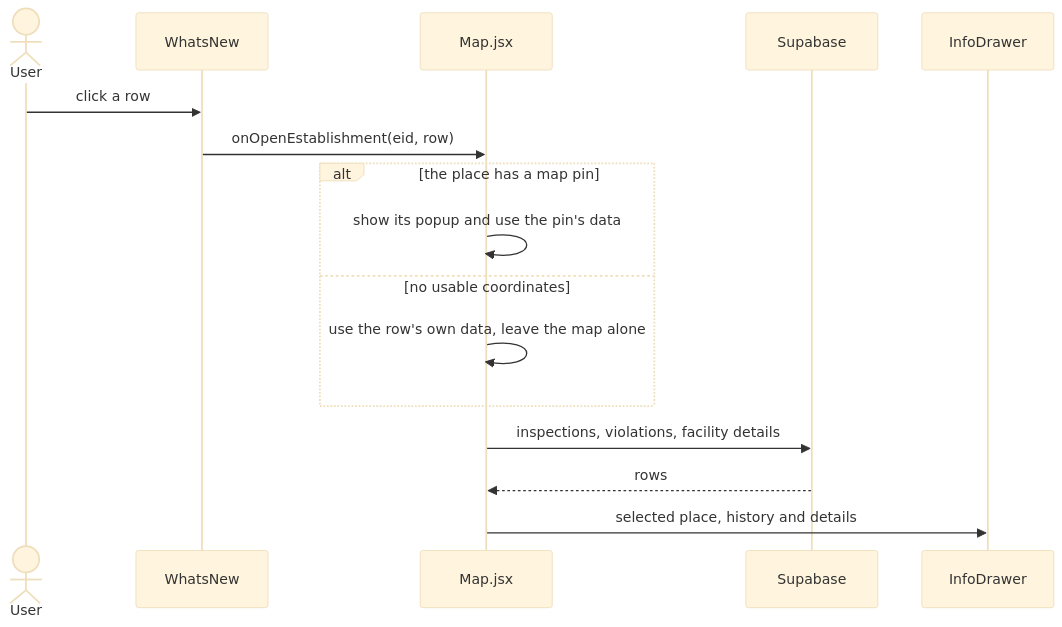
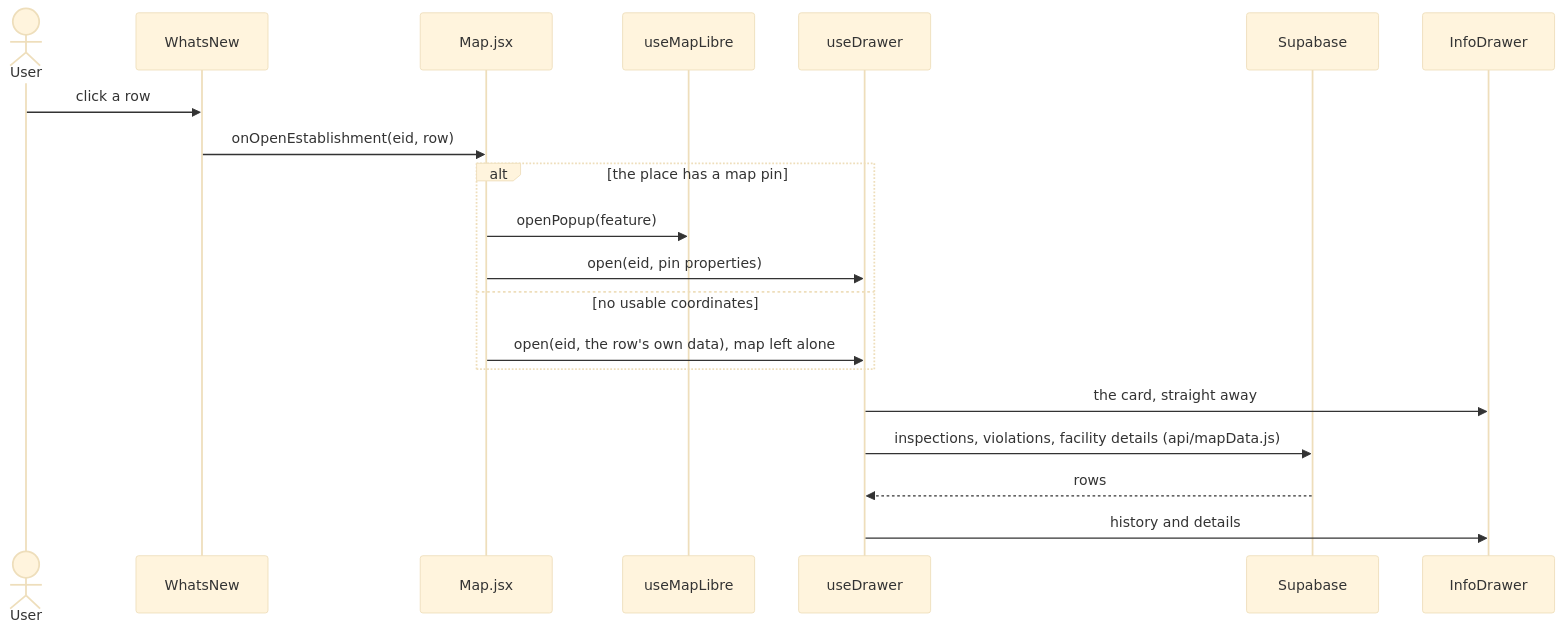
The third of 3 diagrams in docs/ARCHITECTURE.md (AndyGutterman/Louisville-Health-Inspection-Map), drawn with Mermaid (base theme) before and after one commit. The commit also changed other lines of this file and 3 other files, not shown here.

First line of the commit message:
docs: describe the Map.jsx split in CLAUDE.md, ARCHITECTURE, REFACTOR_PLAN and README

````diff
--- a/docs/ARCHITECTURE.md
+++ b/docs/ARCHITECTURE.md
@@ -66,19 +68,23 @@
 ```mermaid
 sequenceDiagram
   actor User
   participant WN as WhatsNew
   participant Map as Map.jsx
+  participant ML as useMapLibre
+  participant UD as useDrawer
   participant DB as Supabase
   participant Drawer as InfoDrawer
 
   User->>WN: click a row
   WN->>Map: onOpenEstablishment(eid, row)
   alt the place has a map pin
-    Map->>Map: show its popup and use the pin's data
+    Map->>ML: openPopup(feature)
+    Map->>UD: open(eid, pin properties)
   else no usable coordinates
-    Map->>Map: use the row's own data, leave the map alone
+    Map->>UD: open(eid, the row's own data), map left alone
   end
-  Map->>DB: inspections, violations, facility details
-  DB-->>Map: rows
-  Map->>Drawer: selected place, history and details
+  UD->>Drawer: the card, straight away
+  UD->>DB: inspections, violations, facility details (api/mapData.js)
+  DB-->>UD: rows
+  UD->>Drawer: history and details
 ```
````
